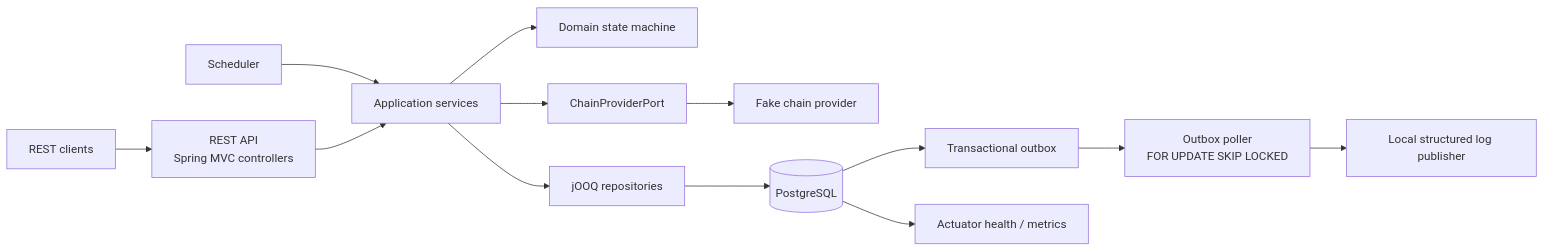
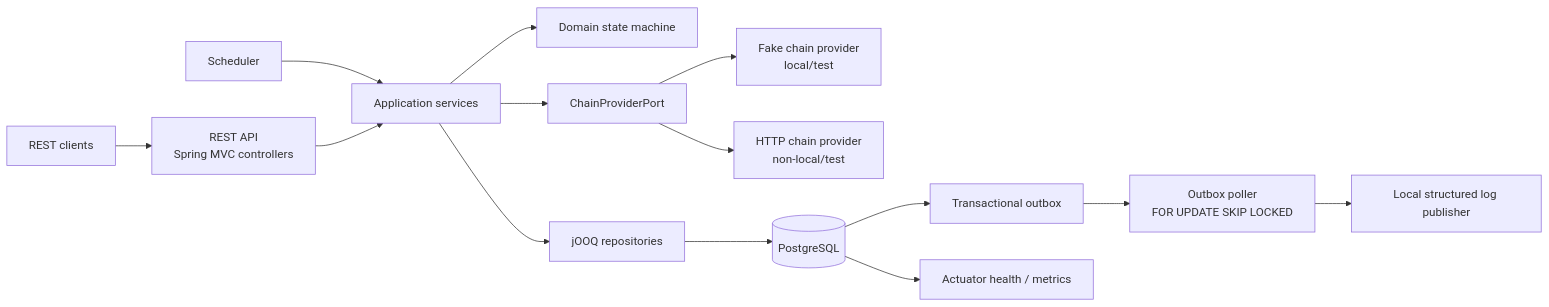
The diagram in README.md (AsyncAssassin/asset-sync-service), drawn with Mermaid before and after one commit. The commit also changed other lines of this file and 78 other files, not shown here.

````diff
--- a/README.md
+++ b/README.md
@@ -43,15 +43,16 @@
 ```mermaid
 flowchart LR
     client["REST clients"] --> api["REST API<br/>Spring MVC controllers"]
     scheduler["Scheduler"] --> services["Application services"]
     api --> services
     services --> state["Domain state machine"]
     services --> providerPort["ChainProviderPort"]
-    providerPort --> fakeProvider["Fake chain provider"]
+    providerPort --> fakeProvider["Fake chain provider<br/>local/test"]
+    providerPort --> httpProvider["HTTP chain provider<br/>non-local/test"]
     services --> repos["jOOQ repositories"]
     repos --> db[("PostgreSQL")]
     db --> outbox["Transactional outbox"]
     outbox --> poller["Outbox poller<br/>FOR UPDATE SKIP LOCKED"]
     poller --> publisher["Local structured log publisher"]
     db --> actuator["Actuator health / metrics"]
 ```
````
